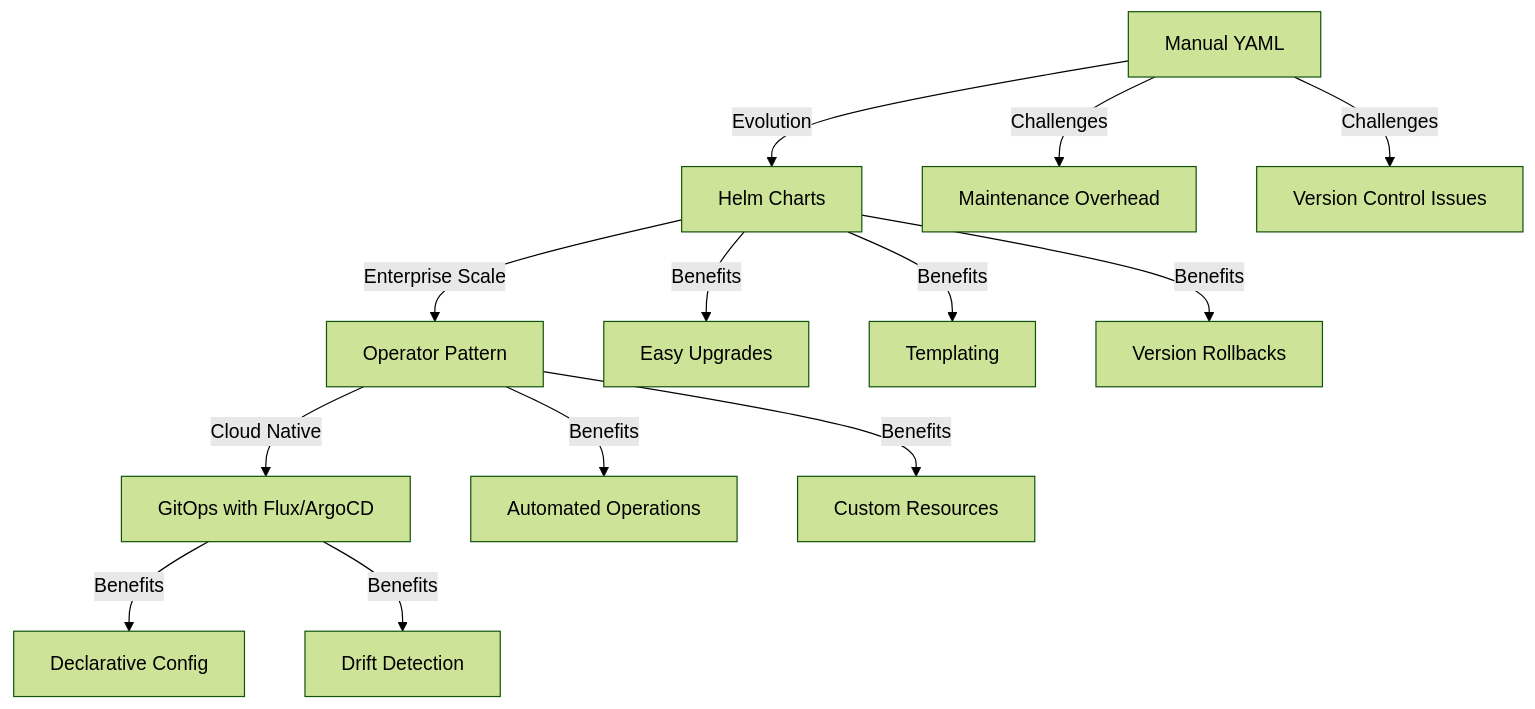
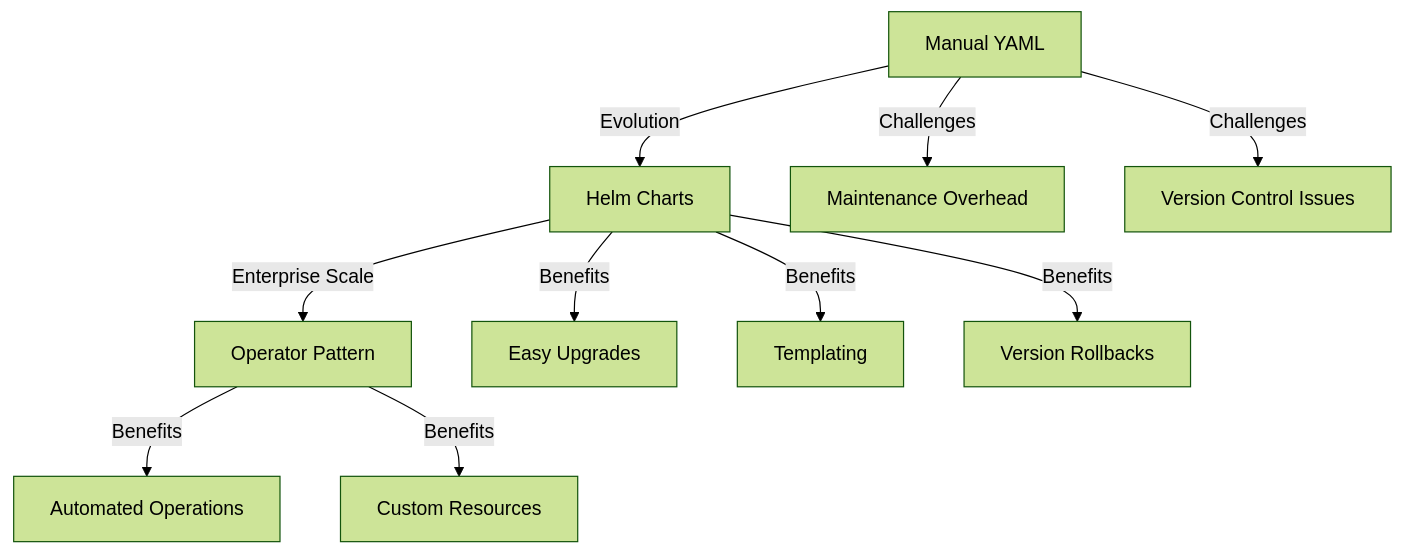
Before and after one commit to AkhilMylaram/terraform: the first of 2 diagrams in docs/monitoring-implementation.md, drawn with Mermaid (forest theme). The commit also changed other lines of this file, not shown here.

````diff
--- a/docs/monitoring-implementation.md
+++ b/docs/monitoring-implementation.md
@@ -48,19 +43,15 @@
 ```mermaid
 graph TD
     A[Manual YAML] -->|Evolution| B[Helm Charts]
     B -->|Enterprise Scale| C[Operator Pattern]
-    C -->|Cloud Native| D[GitOps with Flux/ArgoCD]
     
-    A -->|Challenges| E[Maintenance Overhead]
-    A -->|Challenges| F[Version Control Issues]
+    A -->|Challenges| D[Maintenance Overhead]
+    A -->|Challenges| E[Version Control Issues]
     
-    B -->|Benefits| G[Easy Upgrades]
-    B -->|Benefits| H[Templating]
-    B -->|Benefits| I[Version Rollbacks]
+    B -->|Benefits| F[Easy Upgrades]
+    B -->|Benefits| G[Templating]
+    B -->|Benefits| H[Version Rollbacks]
     
-    C -->|Benefits| J[Automated Operations]
-    C -->|Benefits| K[Custom Resources]
-    
-    D -->|Benefits| L[Declarative Config]
-    D -->|Benefits| M[Drift Detection]
+    C -->|Benefits| I[Automated Operations]
+    C -->|Benefits| J[Custom Resources]
 ```
````
